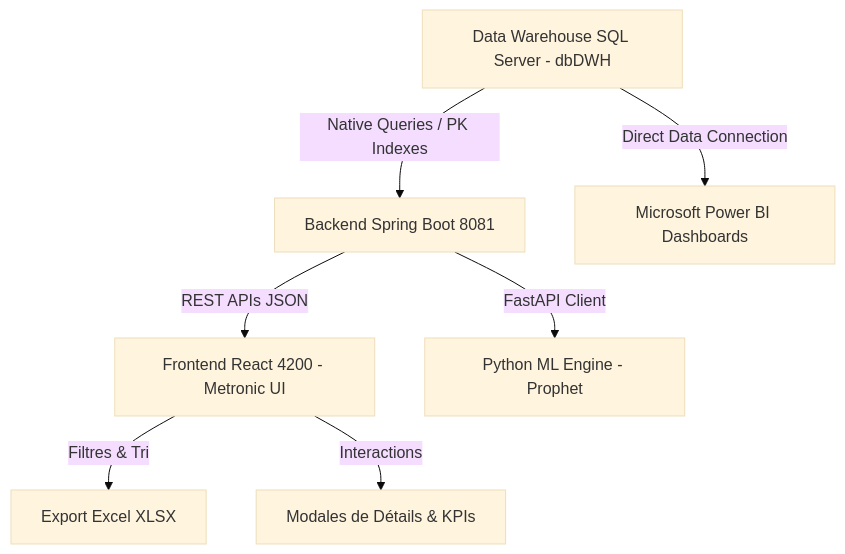
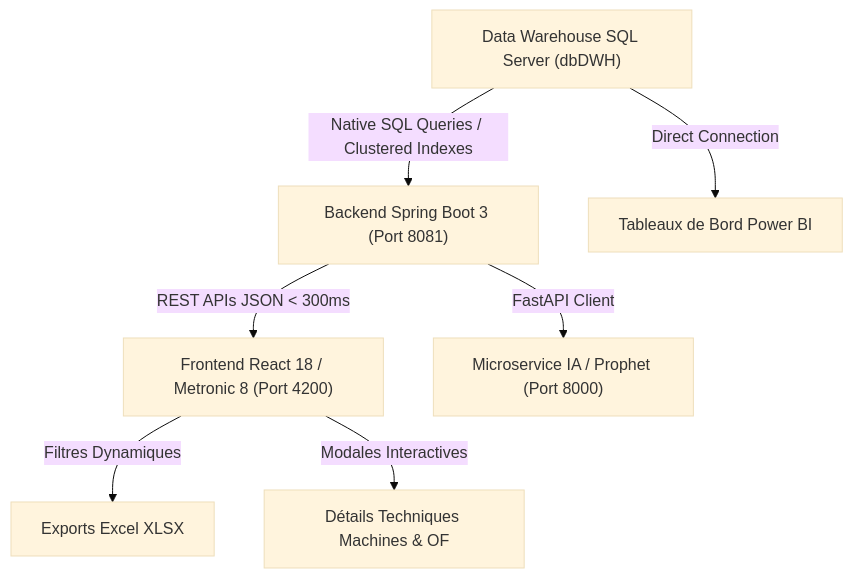
The second of 2 diagrams in Rapport_PFE_Imen.md (ayoubmek/PFE_data_science), drawn with Mermaid (base theme) before and after one commit. The commit also changed other lines of this file and 78 other files, not shown here.

Commit message:
feat: integrate authentic industrial DWH data, multi-site workshop mapping, machine relationships, and updated PFE report

````diff
--- a/Rapport_PFE_Imen.md
+++ b/Rapport_PFE_Imen.md
@@ -94,9 +129,9 @@
 ```mermaid
 graph TD
-    A[Data Warehouse SQL Server - dbDWH] -->|Native Queries / PK Indexes| B[Backend Spring Boot 8081]
-    A -->|Direct Data Connection| G[Microsoft Power BI Dashboards]
-    B -->|REST APIs JSON| C[Frontend React 4200 - Metronic UI]
-    B -->|FastAPI Client| D[Python ML Engine - Prophet]
-    C -->|Filtres & Tri| E[Export Excel XLSX]
-    C -->|Interactions| F[Modales de Détails & KPIs]
+    DWH["Data Warehouse SQL Server (dbDWH)"] -->|Native SQL Queries / Clustered Indexes| BACK["Backend Spring Boot 3 (Port 8081)"]
+    DWH -->|Direct Connection| PBI["Tableaux de Bord Power BI"]
+    BACK -->|REST APIs JSON < 300ms| FRONT["Frontend React 18 / Metronic 8 (Port 4200)"]
+    BACK -->|FastAPI Client| ML["Microservice IA / Prophet (Port 8000)"]
+    FRONT -->|Filtres Dynamiques| EXCEL["Exports Excel XLSX"]
+    FRONT -->|Modales Interactives| DETAILS["Détails Techniques Machines & OF"]
 ```
````
